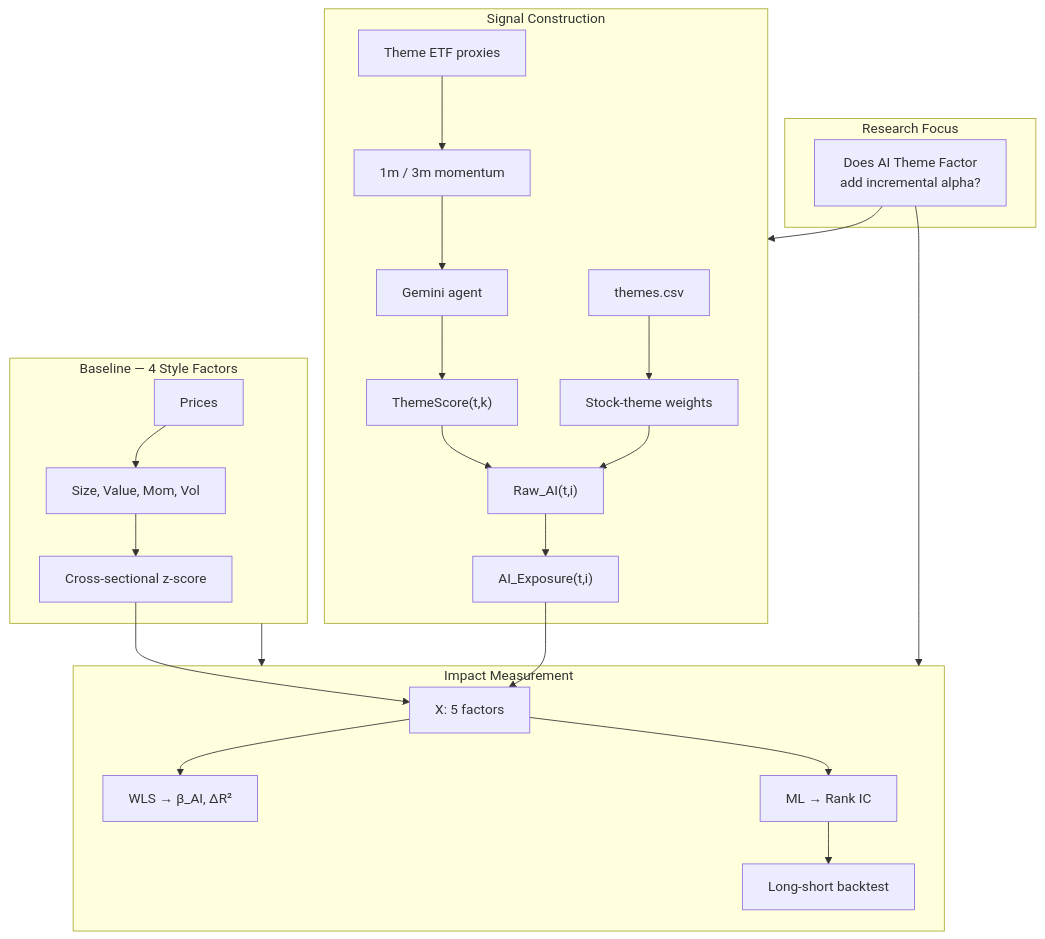
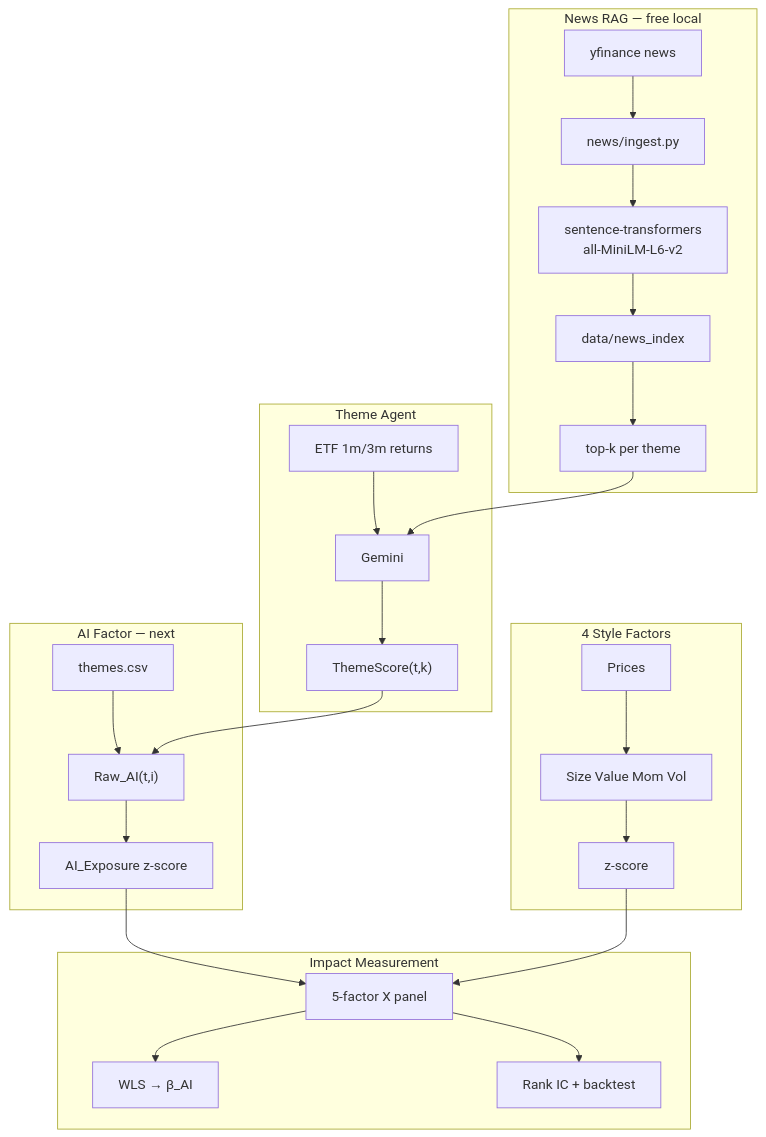
One commit to wanmingz/ai_factor_barra changed the first of 2 diagrams in README.md. Above: the diagram before and after it, drawn with Mermaid. The commit also changed other lines of this file and 1 other file, not shown here.

````diff
--- a/README.md
+++ b/README.md
@@ -74,33 +76,33 @@
 ```mermaid
 flowchart TB
-    subgraph hypothesis [Research Focus]
-        Q["Does AI Theme Factor<br/>add incremental alpha?"]
+    subgraph rag [News RAG — free local]
+        YFNews[yfinance news] --> Ingest[news/ingest.py]
+        Ingest --> Embed["sentence-transformers<br/>all-MiniLM-L6-v2"]
+        Embed --> Index[data/news_index]
+        Index --> TopK[top-k per theme]
     end
 
-    subgraph signal [Signal Construction]
-        CSV[themes.csv] --> MAP["Stock-theme weights"]
-        ETF[Theme ETF proxies] --> CTX[1m / 3m momentum]
-        CTX --> GEM[Gemini agent]
+    subgraph agent [Theme Agent]
+        ETF[ETF 1m/3m returns] --> GEM[Gemini]
+        TopK --> GEM
         GEM --> TS["ThemeScore(t,k)"]
-        MAP --> RAW["Raw_AI(t,i)"]
-        TS --> RAW
-        RAW --> ZS["AI_Exposure(t,i)"]
     end
 
-    subgraph baseline [Baseline — 4 Style Factors]
-        PX[Prices] --> F4["Size, Value, Mom, Vol"]
-        F4 --> ZS4[Cross-sectional z-score]
+    subgraph factor [AI Factor — next]
+        CSV[themes.csv] --> RAW["Raw_AI(t,i)"]
+        TS --> RAW
+        RAW --> ZS[AI_Exposure z-score]
+    end
+
+    subgraph baseline [4 Style Factors]
+        PX[Prices] --> F4[Size Value Mom Vol]
+        F4 --> X4[z-score]
     end
 
     subgraph test [Impact Measurement]
-        ZS --> X5["X: 5 factors"]
-        ZS4 --> X5
-        X5 --> WLS["WLS → β_AI, ΔR²"]
-        X5 --> ML["ML → Rank IC"]
-        ML --> LS["Long-short backtest"]
+        ZS --> X5[5-factor X panel]
+        X4 --> X5
+        X5 --> WLS["WLS → β_AI"]
+        X5 --> ML[Rank IC + backtest]
     end
-
-    Q --> signal
-    Q --> test
-    baseline --> test
 ```
````
